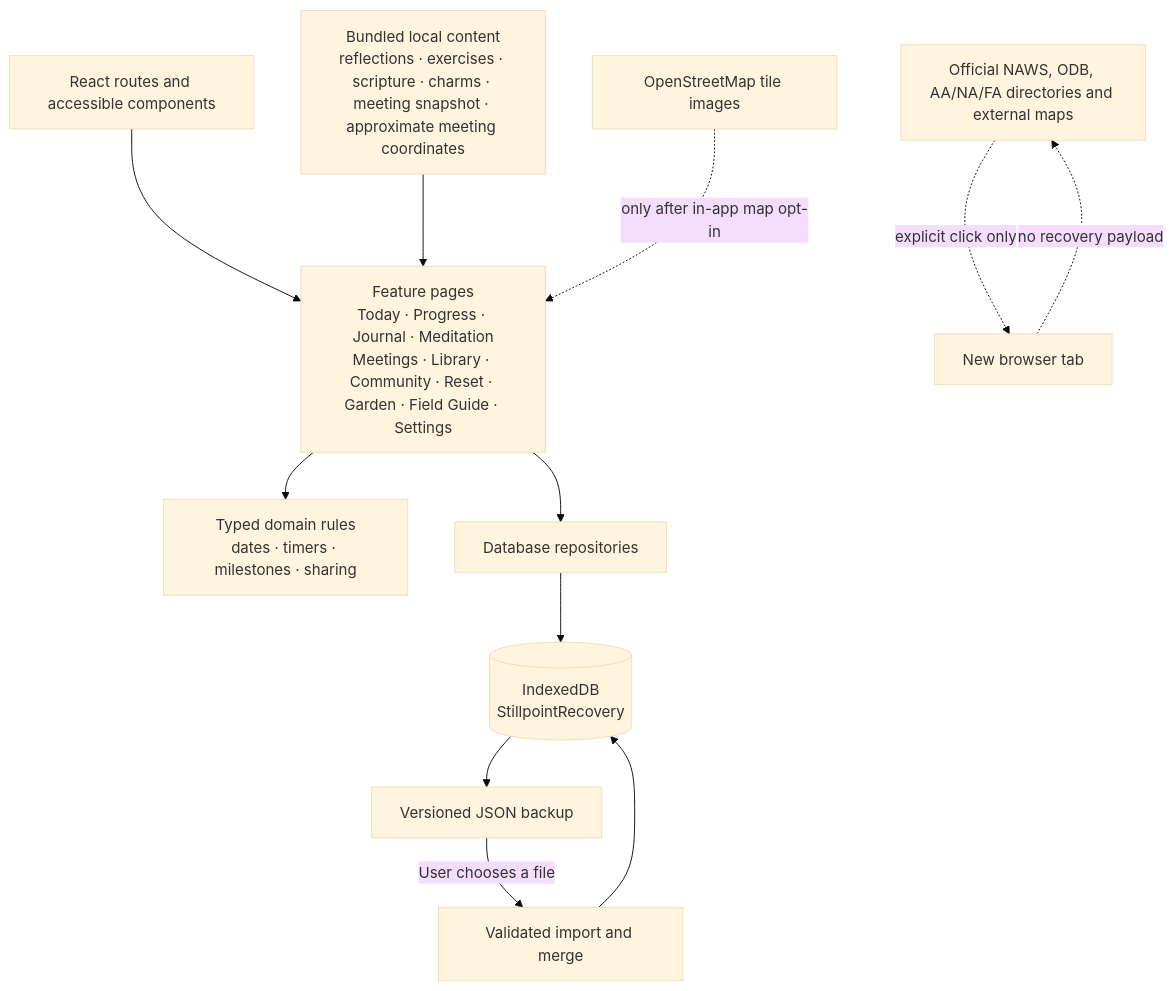
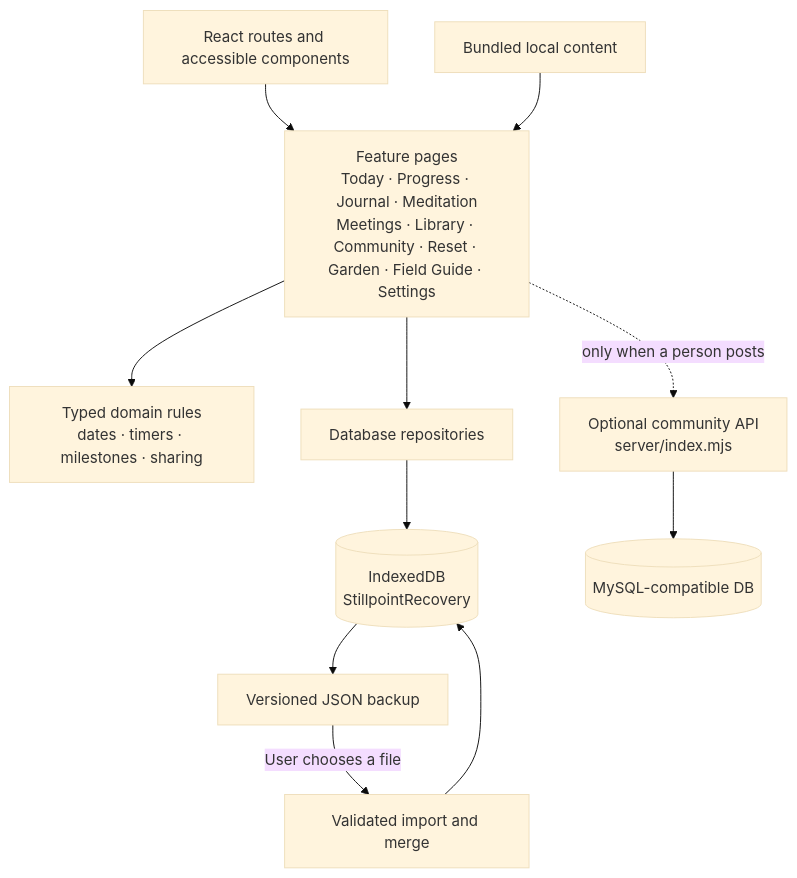
The diagram in README.md (mcochranca-code/stillpoint-recovery), drawn with Mermaid (base theme) before and after one commit. The commit also changed other lines of this file, not shown here.

````diff
--- a/README.md
+++ b/README.md
@@ -141,14 +116,13 @@
 ```mermaid
 flowchart TD
     UI[React routes and accessible components] --> Features[Feature pages\nToday · Progress · Journal · Meditation\nMeetings · Library · Community · Reset · Garden · Field Guide · Settings]
     Features --> Domain[Typed domain rules\ndates · timers · milestones · sharing]
     Features --> Repositories[Database repositories]
     Repositories --> IndexedDB[(IndexedDB\nStillpointRecovery)]
-    Static[Bundled local content\nreflections · exercises · scripture · charms · meeting snapshot · approximate meeting coordinates] --> Features
+    Static[Bundled local content] --> Features
     IndexedDB --> Backup[Versioned JSON backup]
     Backup -->|User chooses a file| Restore[Validated import and merge]
     Restore --> IndexedDB
-    External[Official NAWS, ODB, AA/NA/FA directories and external maps] -. explicit click only .-> Browser[New browser tab]
-    Browser -. no recovery payload .-> External
-    MapTiles[OpenStreetMap tile images] -. only after in-app map opt-in .-> Features
+    Features -. only when a person posts .-> API[Optional community API\nserver/index.mjs]
+    API --> DB[(MySQL-compatible DB)]
 ```
````
